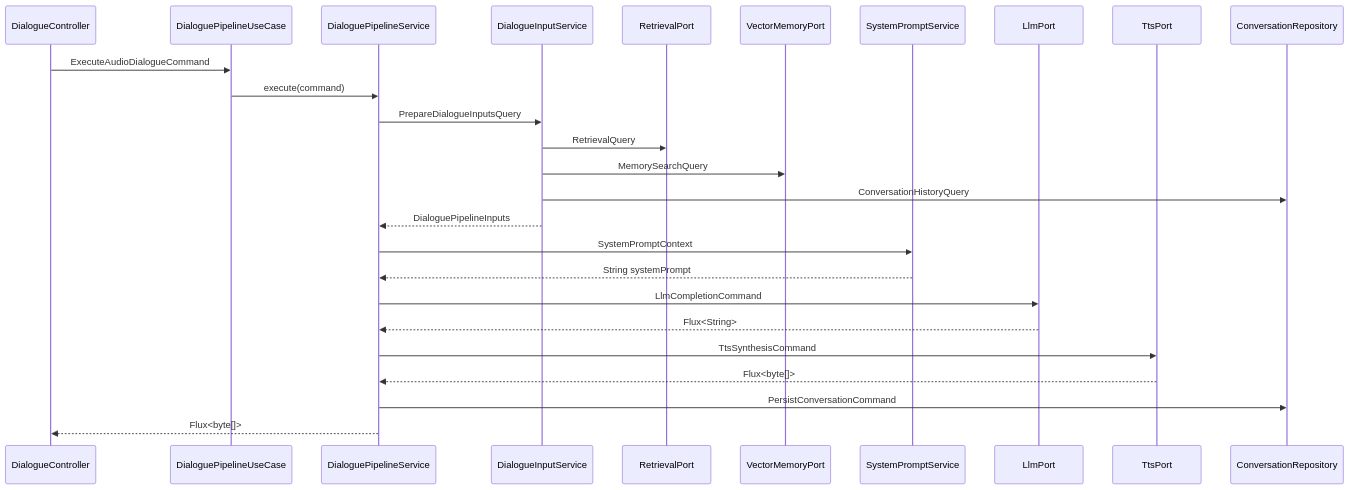
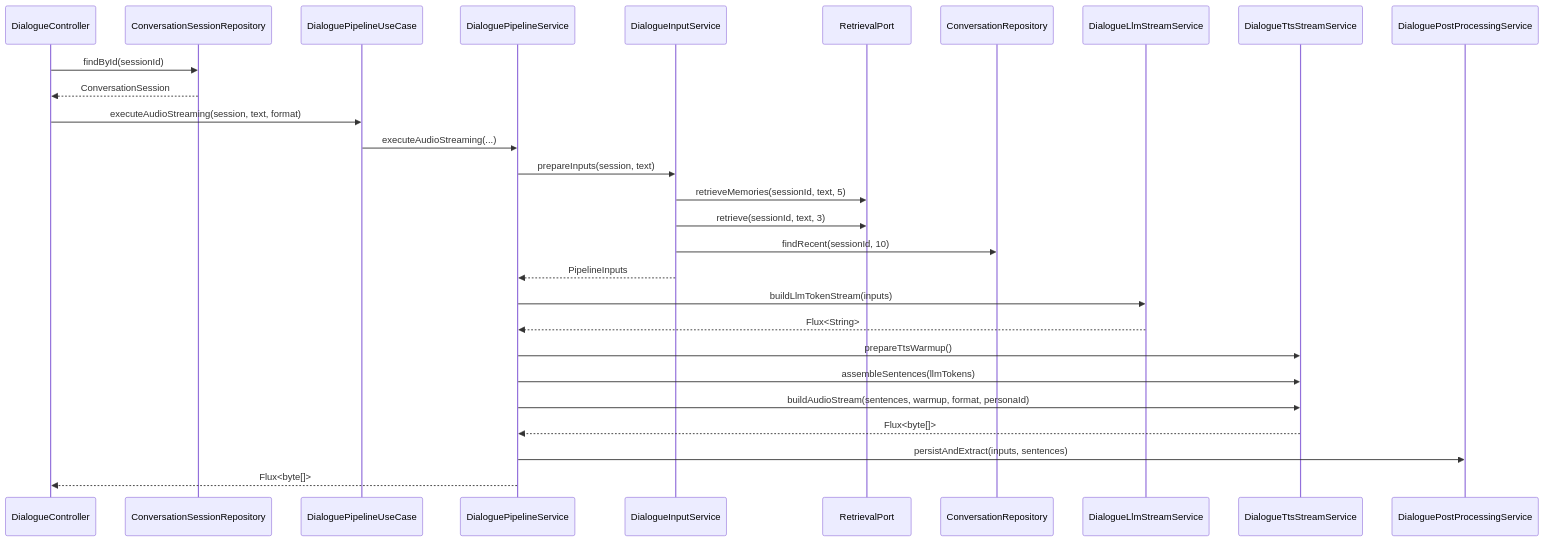
One commit to ImGdevel/MIYOU_ai-voice-chat changed the second of 2 diagrams in docs/spec/tech/hexagonal-architecture-refactoring/README.md. Above: the diagram before and after it, drawn with Mermaid. The commit also changed other lines of this file, not shown here.

First line of the commit message:
📝 docs(architecture): 헥사고날 리팩토링 현황 문서 최신화 (#55)

````diff
--- a/docs/spec/tech/hexagonal-architecture-refactoring/README.md
+++ b/docs/spec/tech/hexagonal-architecture-refactoring/README.md
@@ -227,29 +146,31 @@
 ```mermaid
 sequenceDiagram
   participant C as DialogueController
+  participant SR as ConversationSessionRepository
   participant U as DialoguePipelineUseCase
   participant P as DialoguePipelineService
   participant I as DialogueInputService
   participant R as RetrievalPort
-  participant M as VectorMemoryPort
-  participant S as SystemPromptService
-  participant L as LlmPort
-  participant T as TtsPort
   participant CR as ConversationRepository
+  participant L as DialogueLlmStreamService
+  participant T as DialogueTtsStreamService
+  participant PP as DialoguePostProcessingService
 
-  C->>U: ExecuteAudioDialogueCommand
-  U->>P: execute(command)
-  P->>I: PrepareDialogueInputsQuery
-  I->>R: RetrievalQuery
-  I->>M: MemorySearchQuery
-  I->>CR: ConversationHistoryQuery
-  I-->>P: DialoguePipelineInputs
-  P->>S: SystemPromptContext
-  S-->>P: String systemPrompt
-  P->>L: LlmCompletionCommand
+  C->>SR: findById(sessionId)
+  SR-->>C: ConversationSession
+  C->>U: executeAudioStreaming(session, text, format)
+  U->>P: executeAudioStreaming(...)
+  P->>I: prepareInputs(session, text)
+  I->>R: retrieveMemories(sessionId, text, 5)
+  I->>R: retrieve(sessionId, text, 3)
+  I->>CR: findRecent(sessionId, 10)
+  I-->>P: PipelineInputs
+  P->>L: buildLlmTokenStream(inputs)
   L-->>P: Flux<String>
-  P->>T: TtsSynthesisCommand
+  P->>T: prepareTtsWarmup()
+  P->>T: assembleSentences(llmTokens)
+  P->>T: buildAudioStream(sentences, warmup, format, personaId)
   T-->>P: Flux<byte[]>
-  P->>CR: PersistConversationCommand
+  P->>PP: persistAndExtract(inputs, sentences)
   P-->>C: Flux<byte[]>
 ```
````
